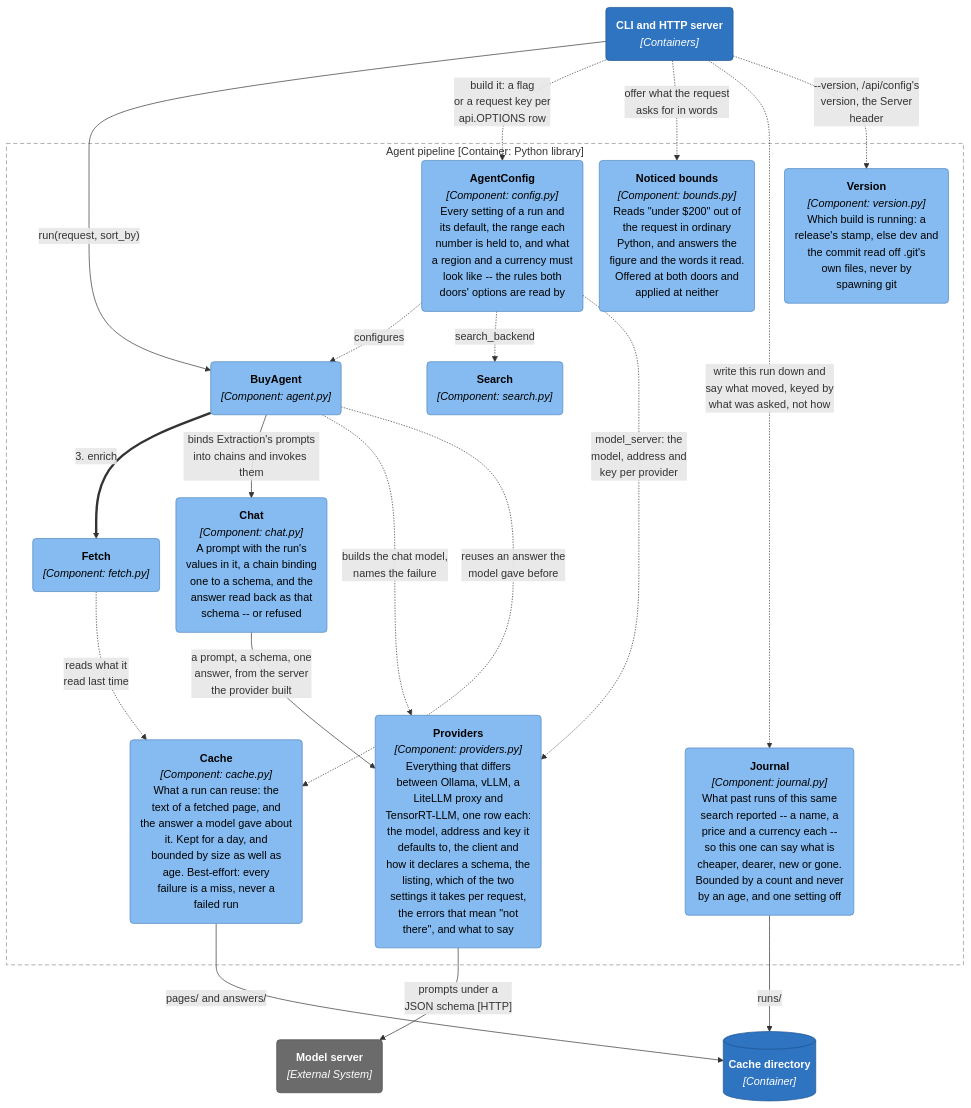
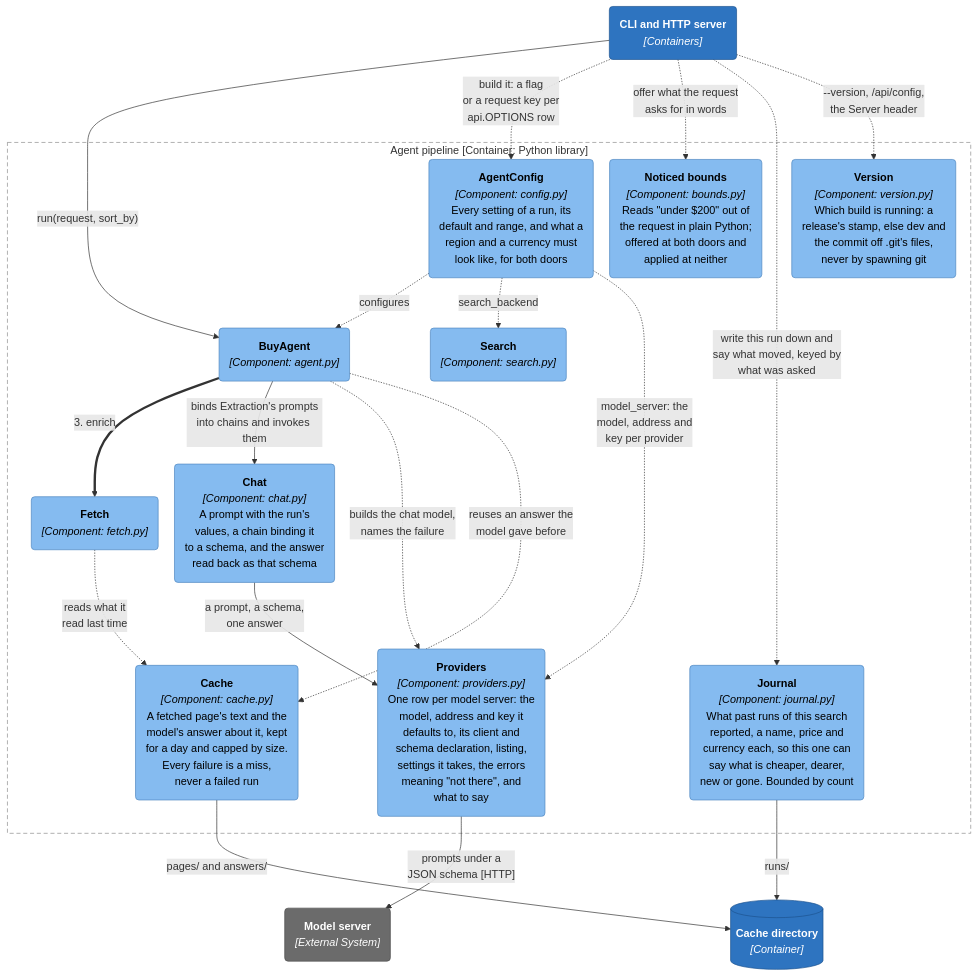
One commit to adamw7/buy_agent changed the sixth of 11 diagrams in docs/architecture.md. Above: the diagram before and after it, drawn with Mermaid. The commit also changed other lines of this file and 6 other files, not shown here.

````diff
--- a/docs/architecture.md
+++ b/docs/architecture.md
@@ -320,54 +308,53 @@
 ```mermaid
 ---
 config:
   flowchart:
     wrappingWidth: 400
     nodeSpacing: 24
     rankSpacing: 50
 ---
 graph TB
     doors("<b>CLI and HTTP server</b><br/><i>[Containers]</i>")
 
     subgraph pipeline["Agent pipeline [Container: Python library]"]
-        config("<b>AgentConfig</b><br/><i>[Component: config.py]</i><br/>Every setting of a run and<br/>its default, the range each<br/>number is held to, and what<br/>a region and a currency must<br/>look like -- the rules both<br/>doors' options are read by")
-        boundsc("<b>Noticed bounds</b><br/><i>[Component: bounds.py]</i><br/>Reads &quot;under $200&quot; out of<br/>the request in ordinary<br/>Python, and answers the<br/>figure and the words it read.<br/>Offered at both doors and<br/>applied at neither")
+        config("<b>AgentConfig</b><br/><i>[Component: config.py]</i><br/>Every setting of a run, its<br/>default and range, and what a<br/>region and a currency must<br/>look like, for both doors")
+        boundsc("<b>Noticed bounds</b><br/><i>[Component: bounds.py]</i><br/>Reads &quot;under $200&quot; out of<br/>the request in plain Python;<br/>offered at both doors and<br/>applied at neither")
         agent("<b>BuyAgent</b><br/><i>[Component: agent.py]</i>")
         search("<b>Search</b><br/><i>[Component: search.py]</i>")
         fetch("<b>Fetch</b><br/><i>[Component: fetch.py]</i>")
-        chat("<b>Chat</b><br/><i>[Component: chat.py]</i><br/>A prompt with the run's<br/>values in it, a chain binding<br/>one to a schema, and the<br/>answer read back as that<br/>schema -- or refused")
-        journal("<b>Journal</b><br/><i>[Component: journal.py]</i><br/>What past runs of this same<br/>search reported -- a name, a<br/>price and a currency each --<br/>so this one can say what is<br/>cheaper, dearer, new or gone.<br/>Bounded by a count and never<br/>by an age, and one setting off")
-        providers("<b>Providers</b><br/><i>[Component: providers.py]</i><br/>Everything that differs<br/>between Ollama, vLLM, a<br/>LiteLLM proxy and<br/>TensorRT-LLM, one row each:<br/>the model, address and key it<br/>defaults to, the client and<br/>how it declares a schema, the<br/>listing, which of the two<br/>settings it takes per request,<br/>the errors that mean &quot;not<br/>there&quot;, and what to say")
-        version("<b>Version</b><br/><i>[Component: version.py]</i><br/>Which build is running: a<br/>release's stamp, else dev and<br/>the commit read off .git's<br/>own files, never by<br/>spawning git")
-        cache("<b>Cache</b><br/><i>[Component: cache.py]</i><br/>What a run can reuse: the<br/>text of a fetched page, and<br/>the answer a model gave about<br/>it. Kept for a day, and<br/>bounded by size as well as<br/>age. Best-effort: every<br/>failure is a miss, never a<br/>failed run")
+        chat("<b>Chat</b><br/><i>[Component: chat.py]</i><br/>A prompt with the run's<br/>values, a chain binding it<br/>to a schema, and the answer<br/>read back as that schema")
+        journal("<b>Journal</b><br/><i>[Component: journal.py]</i><br/>What past runs of this search<br/>reported, a name, price and<br/>currency each, so this one can<br/>say what is cheaper, dearer,<br/>new or gone. Bounded by count")
+        providers("<b>Providers</b><br/><i>[Component: providers.py]</i><br/>One row per model server: the<br/>model, address and key it<br/>defaults to, its client and<br/>schema declaration, listing,<br/>settings it takes, the errors<br/>meaning &quot;not there&quot;, and<br/>what to say")
+        version("<b>Version</b><br/><i>[Component: version.py]</i><br/>Which build is running: a<br/>release's stamp, else dev and<br/>the commit off .git's files,<br/>never by spawning git")
+        cache("<b>Cache</b><br/><i>[Component: cache.py]</i><br/>A fetched page's text and the<br/>model's answer about it, kept<br/>for a day and capped by size.<br/>Every failure is a miss,<br/>never a failed run")
     end
 
     ollama("<b>Model server</b><br/><i>[External System]</i>")
     store[("<b>Cache directory</b><br/><i>[Container]</i>")]
 
     doors -->|"run(request, sort_by)"| agent
     doors -.->|"build it: a flag<br/>or a request key per<br/>api.OPTIONS row"| config
     doors -.->|"offer what the request<br/>asks for in words"| boundsc
-    doors -.->|"write this run down and<br/>say what moved, keyed by<br/>what was asked, not how"| journal
-    doors -.->|"--version, /api/config's<br/>version, the Server<br/>header"| version
+    doors -.->|"write this run down and<br/>say what moved, keyed by<br/>what was asked"| journal
+    doors -.->|"--version, /api/config,<br/>the Server header"| version
     config -.->|"configures"| agent
     config -.->|"search_backend"| search
     config -.->|"model_server: the<br/>model, address and<br/>key per provider"| providers
     agent ==>|"3. enrich"| fetch
     agent -->|"binds Extraction's prompts<br/>into chains and invokes them"| chat
     agent -.->|"builds the chat model,<br/>names the failure"| providers
     agent -.->|"reuses an answer the<br/>model gave before"| cache
-    chat -->|"a prompt, a schema, one<br/>answer, from the server<br/>the provider built"| providers
+    chat -->|"a prompt, a schema,<br/>one answer"| providers
     fetch -.->|"reads what it<br/>read last time"| cache
     providers -->|"prompts under a<br/>JSON schema [HTTP]"| ollama
     cache -->|"pages/ and answers/"| store
     journal -->|"runs/"| store
 
-    classDef person fill:#08427b,stroke:#052e56,color:#fff
     classDef container fill:#2e74c0,stroke:#1d5390,color:#fff
     classDef component fill:#85bbf0,stroke:#4f86c0,color:#000
     classDef external fill:#6b6b6b,stroke:#4d4d4d,color:#fff
     class doors,store container
     class config,boundsc,agent,search,fetch,chat,journal,providers,version,cache component
     class ollama external
     style pipeline fill:none,stroke:#8c8c8c,stroke-width:1px,stroke-dasharray:6 4
 ```
````
